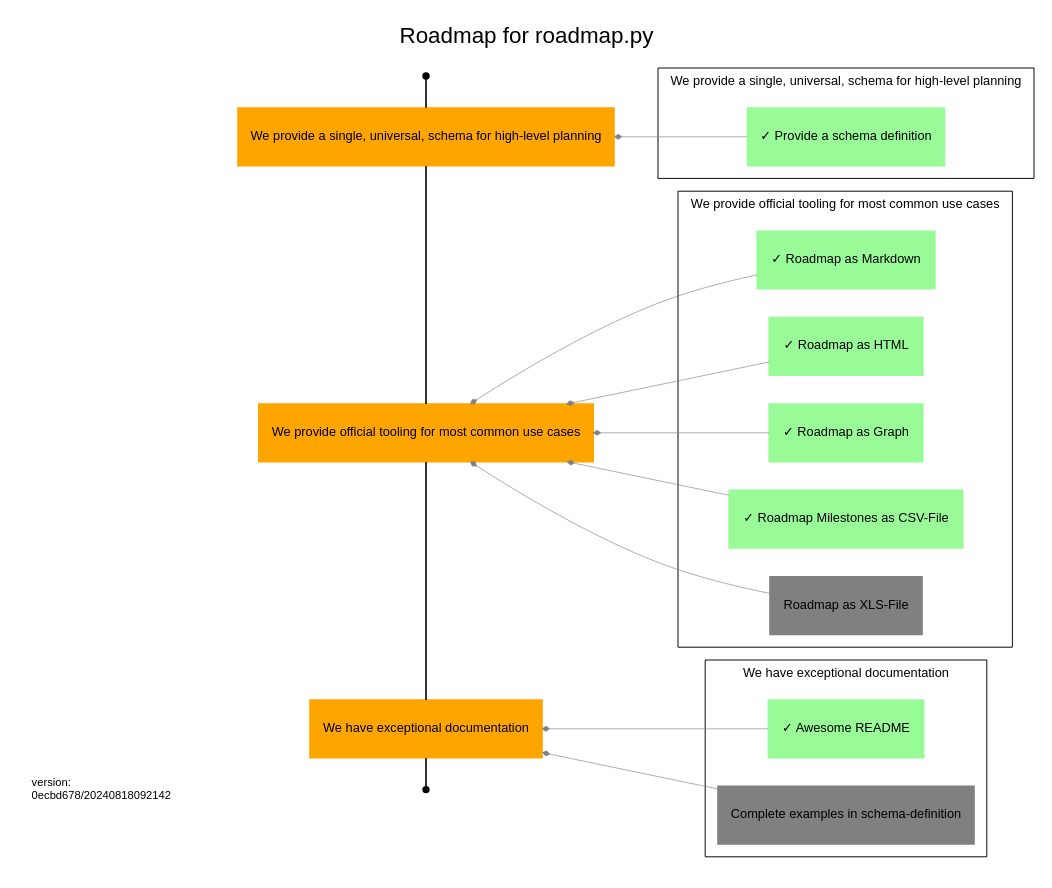
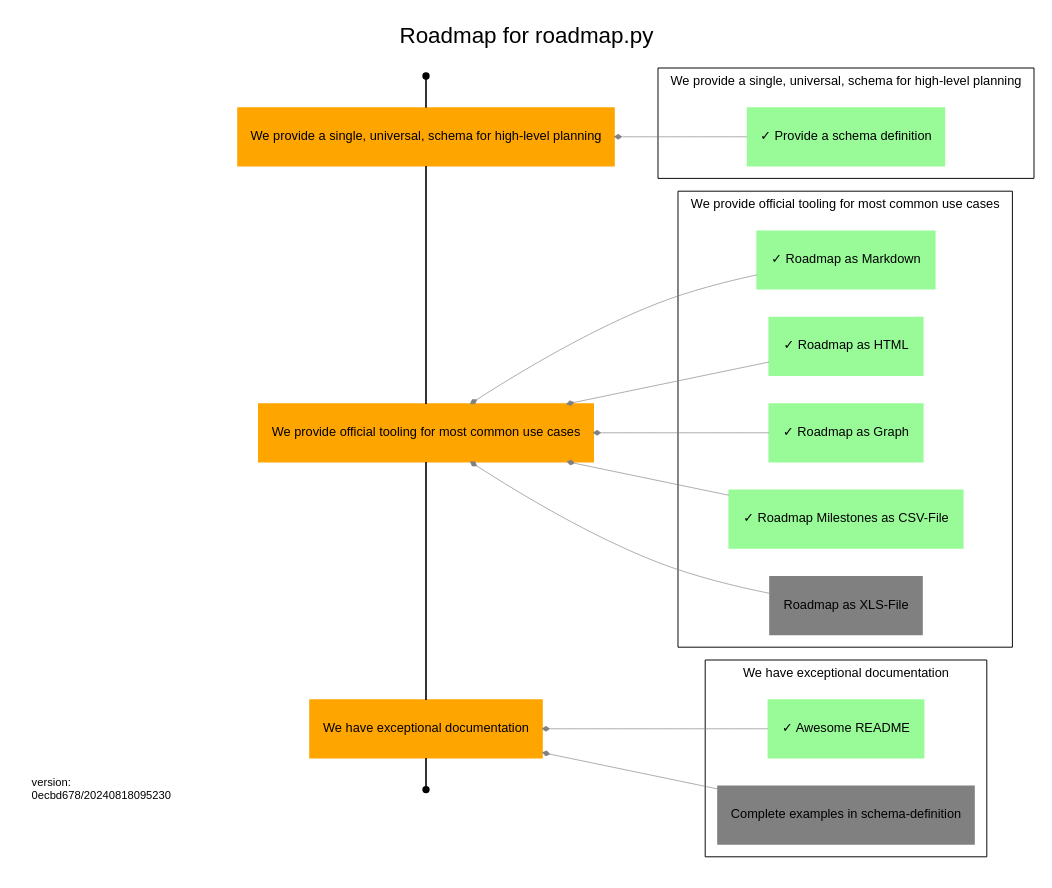
The diagram in roadmap/roadmap.dot (uroflavin/roadmap), drawn with Graphviz before and after one commit. The commit also changed 7 other files, not shown here.

```diff
--- a/roadmap/roadmap.dot
+++ b/roadmap/roadmap.dot
@@ -1,143 +1,143 @@
 digraph Roadmap {
   rankdir=RL;
   label="Roadmap for roadmap.py"
   tooltip="This is the planning roadmap for the [uroflavin/roadmap](https://github.com/uroflavin/roadmap) project. 
 It acts as both the plan for implementing this tool as well as a demonstration of what a roadmap might look like.
 
 One good example is this roadmap itself. 
 What to-do and what is already done to implement roadmap.py can you see in this picture.
 
 ![Roadmap Objectives and Keyresults, rendered from roadmap.yml](roadmap.dot.png)
 
 One of the things you'll immediately notice about this file is that it uses *Markdown* for formatting of text and is designed around a structured YAML schema. 
 The goal is to make this as easy as possible for humans to read and reason about, while also enabling powerful visualizations to be generated based on the content.
 ";
   fontname="Arial";
   labelloc="t";
 
   node[style="filled",shape="rectangle",color="orange",fontname="Arial",fontsize=8];
   edge[weight=1,group="milestones",arrowhead="none"];
 
   {
 	rank=same;
 
 	start[label="Start",shape="point",color="",tooltip="This is the start of your roadmap."];
     end[label="End",shape="point",color="",tooltip="This is the end of your roadmap."];
     
     
     o1 [label="We provide a single, universal, schema for high-level planning",tooltip="The goal of this project is, primarily, to provide a single schema that can be used by different teams to describe the work they are doing and their future intentions. 
 The usefulness and applicability of this schema to real-world problem domains will determine whether anything else we do here is of value.
 "];
         
             "start" -> o1;
         
     o2 [label="We provide official tooling for most common use cases",tooltip="While the goal of having a single unified schema for planning is that it enables the development of tools that automate various aspects of planning, most teams are not going to adopt this if the fundamentals aren't already solved for them. 
 This includes things like being able to visualize your road map in common formats, validating it against the schema etc.
 "];
         
             o1 -> o2;
         
     o3 [label="We have exceptional documentation",tooltip="Adoption of something intended to make planning easier is only going to be successful if it is easy to use, and a critical part of that is great documentation. 
 Our goal is that someone with no familiarity with our tooling can ramp up and have an initial road map ready for use within only a few minutes.
 "];
         
             o2 -> o3;
         
             o3 -> "end" ;
         }
   node[color="grey"];
   edge[weight=5,color="grey",penwidth=0.4,arrowsize=0.4,group="dependencies",arrowhead="diamond"];
 
   
         
         subgraph cluster_o1 {
             label="We provide a single, universal, schema for high-level planning";
             tooltip="The goal of this project is, primarily, to provide a single schema that can be used by different teams to describe the work they are doing and their future intentions. 
 The usefulness and applicability of this schema to real-world problem domains will determine whether anything else we do here is of value.
 ";
             fontsize=8;
             penwidth=0.6;
             
                 
                 
                     
                 o1_r1 [label="✓ Provide a schema definition",tooltip="Develop a schema that fulfills the main requirements of the objective",color="palegreen"];
                 o1_r1 -> o1;
             }
     
         
         subgraph cluster_o2 {
             label="We provide official tooling for most common use cases";
             tooltip="While the goal of having a single unified schema for planning is that it enables the development of tools that automate various aspects of planning, most teams are not going to adopt this if the fundamentals aren't already solved for them. 
 This includes things like being able to visualize your road map in common formats, validating it against the schema etc.
 ";
             fontsize=8;
             penwidth=0.6;
             
                 
                 
                     
                 o2_r1 [label="✓ Roadmap as Markdown",tooltip="We should be able to generate some markdown out of roadmap.yml
 ",color="palegreen"];
                 o2_r1 -> o2;
             
                 
                 
                     
                 o2_r2 [label="✓ Roadmap as HTML",tooltip="We should be able to generate some html out of roadmap.yml
 ",color="palegreen"];
                 o2_r2 -> o2;
             
                 
                 
                     
                 o2_r3 [label="✓ Roadmap as Graph",tooltip="We should be able to generate some dot out of roadmap.yml
 ",color="palegreen"];
                 o2_r3 -> o2;
             
                 
                 
                     
                 o2_r4 [label="✓ Roadmap Milestones as CSV-File",tooltip="Excel is THE projectmanagement tool. 
 To render some progress in your favorite tool ;-) we should be able to generate some csv out of roadmap.yml-milestone and deliverables.
 CSV is limited capable for exporting everything, so this would be a good first step towards Roadmap als XLS-File.
 ",color="palegreen"];
                 o2_r4 -> o2;
             
                 
                 
                     
                 o2_r5 [label="Roadmap as XLS-File",tooltip="We should be able to generate some xls out of roadmap.yml
 ",color="grey"];
                 o2_r5 -> o2;
             }
     
         
         subgraph cluster_o3 {
             label="We have exceptional documentation";
             tooltip="Adoption of something intended to make planning easier is only going to be successful if it is easy to use, and a critical part of that is great documentation. 
 Our goal is that someone with no familiarity with our tooling can ramp up and have an initial road map ready for use within only a few minutes.
 ";
             fontsize=8;
             penwidth=0.6;
             
                 
                 
                     
                 o3_r1 [label="✓ Awesome README",tooltip="We need to complete our README explaining the purpose of this project and giving some basic examples of its use.
 ",color="palegreen"];
                 o3_r1 -> o3;
             
                 
                 
                     
                 o3_r2 [label="Complete examples in schema-definition",tooltip="Complete the examples so that every user of the schema is able to find suitable examples for their specific use cases",color="grey"];
                 o3_r2 -> o3;
             }
     subgraph footer {
                 {
                     rank="sink"; 
-                    footer [fontsize=7 shape="box" color="white" label="version:\l0ecbd678/20240818092142\l"];
+                    footer [fontsize=7 shape="box" color="white" label="version:\l0ecbd678/20240818095230\l"];
                 }
             }
 }
```
